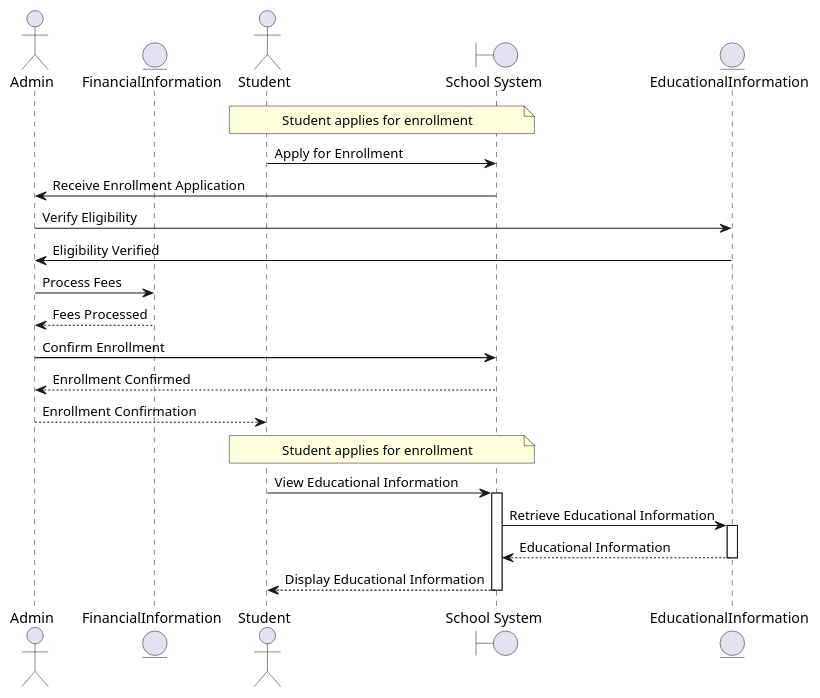
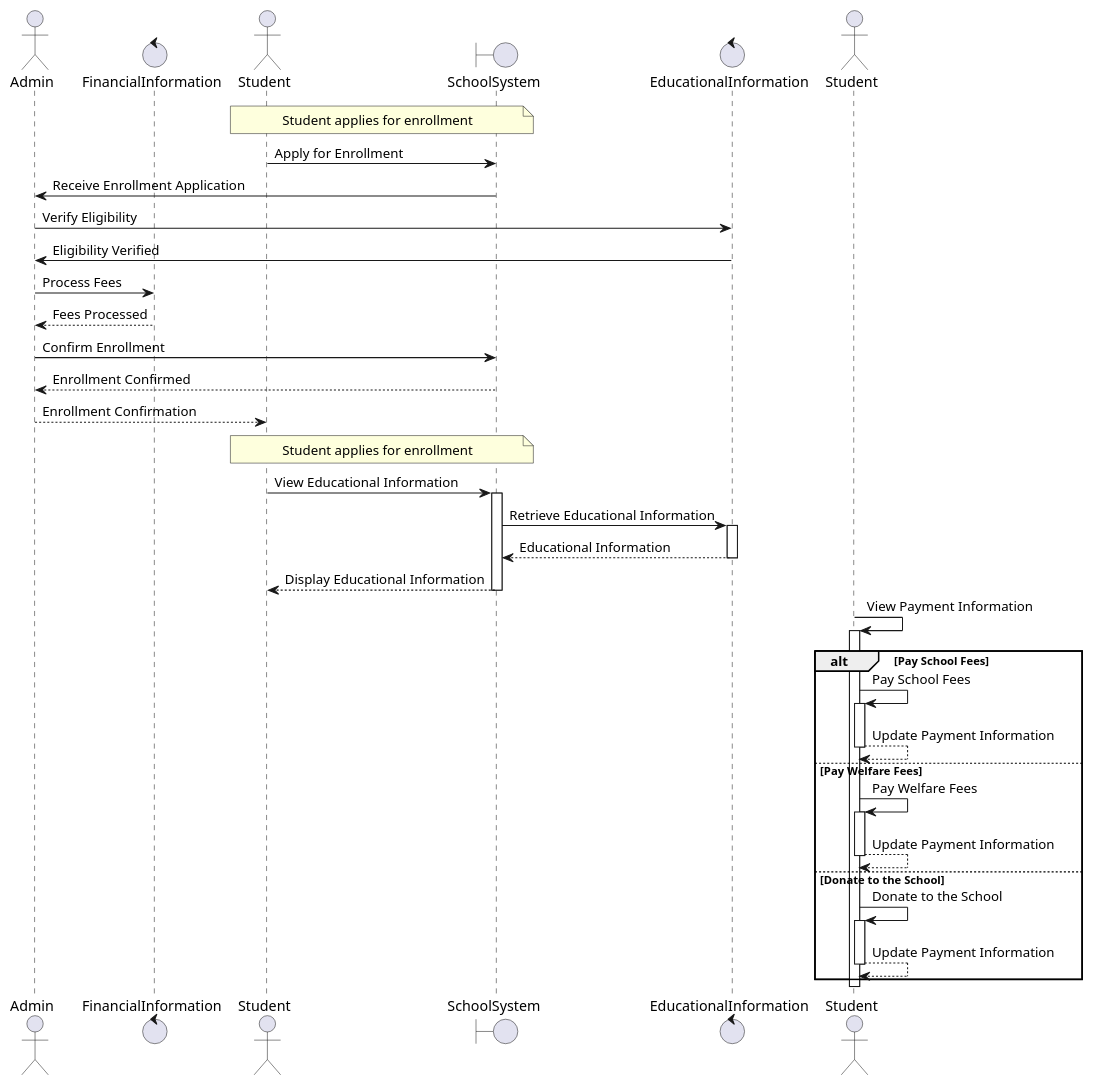
Before and after one commit to AdithyaSean/School-Management-System: the diagram in School Management System Sequence Diagram.puml, drawn with PlantUML. The commit also changed 1 other file, not shown here.

Commit message:
modified:   School Management System Class Diagram.puml 	modified:   School Management System Sequence Diagram.puml

```diff
--- a/School Management System Sequence Diagram.puml
+++ b/School Management System Sequence Diagram.puml
@@ -1,48 +1,72 @@
 @startuml School Management System
 
 actor Student
-boundary "School System" as SchoolSystem
+boundary SchoolSystem
 actor Admin
-entity EducationalInformation
-entity FinancialInformation
+control EducationalInformation
+control FinancialInformation
 
 note over Student, SchoolSystem
 Student applies for enrollment
 end note
 
 Student -> SchoolSystem: Apply for Enrollment
 
 SchoolSystem -> Admin: Receive Enrollment Application
 
 Admin -> EducationalInformation: Verify Eligibility
 
 EducationalInformation -> Admin: Eligibility Verified
 
 Admin -> FinancialInformation: Process Fees
 
 FinancialInformation --> Admin: Fees Processed
 
 Admin -> SchoolSystem: Confirm Enrollment
 
 SchoolSystem --> Admin: Enrollment Confirmed
 
 Admin --> Student: Enrollment Confirmation
 
 note over Student, SchoolSystem
 Student applies for enrollment
 end note
 
 actor Student
 boundary SchoolSystem
 entity EducationalInformation
 
 Student -> SchoolSystem: View Educational Information
 activate SchoolSystem
 SchoolSystem -> EducationalInformation: Retrieve Educational Information
 activate EducationalInformation
 EducationalInformation --> SchoolSystem: Educational Information
 deactivate EducationalInformation
 SchoolSystem --> Student: Display Educational Information
 deactivate SchoolSystem
 
+actor "Student" as S
+
+S -> S: View Payment Information
+activate S
+
+alt Pay School Fees
+    S -> S: Pay School Fees
+    activate S
+    S --> S: Update Payment Information
+    deactivate S
+else Pay Welfare Fees
+    S -> S: Pay Welfare Fees
+    activate S
+    S --> S: Update Payment Information
+    deactivate S
+else Donate to the School
+    S -> S: Donate to the School
+    activate S
+    S --> S: Update Payment Information
+    deactivate S
+end
+
+deactivate S
+
 @enduml
```
